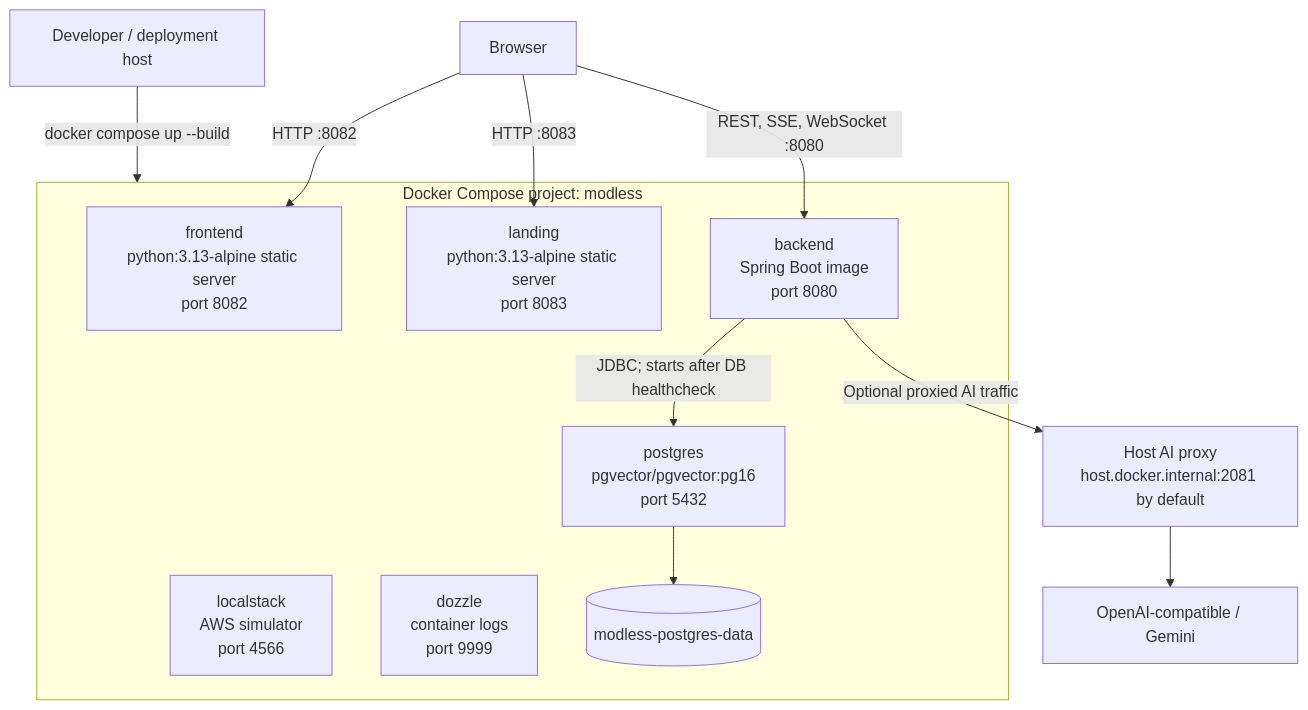
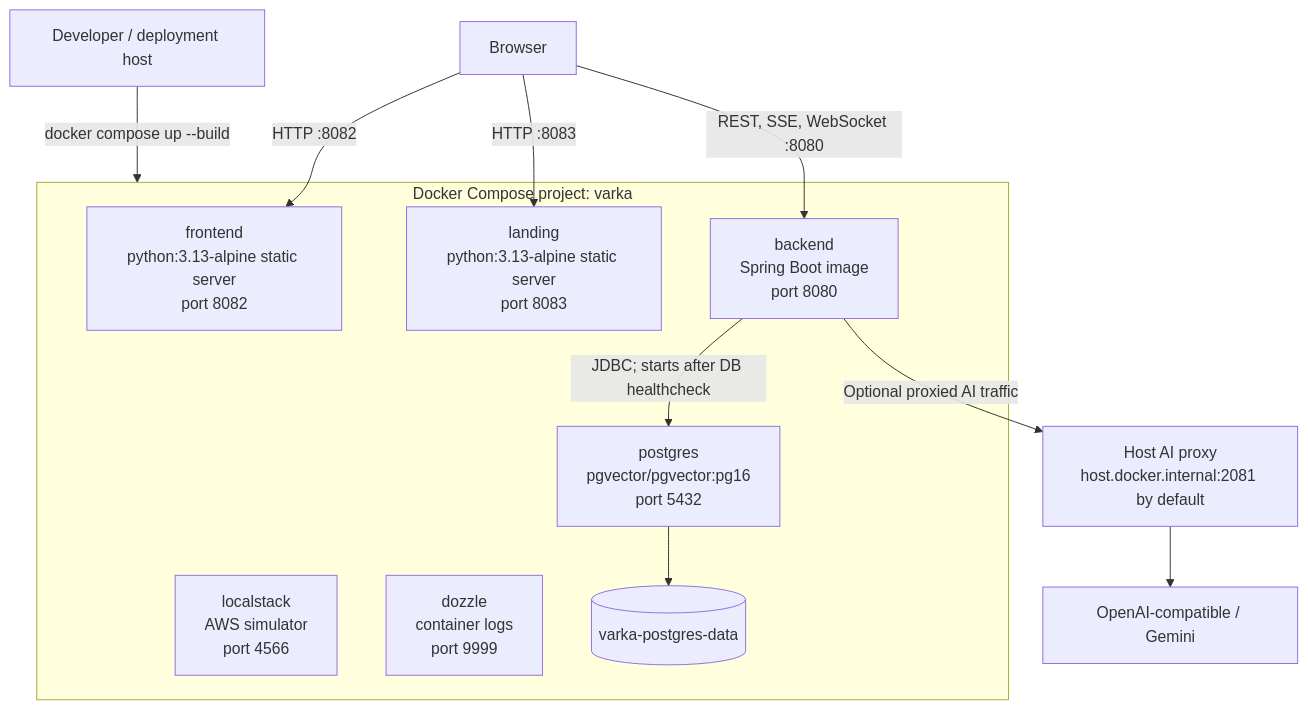
Before and after one commit to mehdieidi/modriss: the first of 2 diagrams in docs/diagrams/04-deployment-and-runtime.md, drawn with Mermaid. The commit also changed 720 other files, not shown here.

````diff
--- a/docs/diagrams/04-deployment-and-runtime.md
+++ b/docs/diagrams/04-deployment-and-runtime.md
@@ -5,26 +5,26 @@
 ```mermaid
 flowchart TB
     host["Developer / deployment host"]
     browser["Browser"]
 
-    subgraph compose["Docker Compose project: modless"]
+    subgraph compose["Docker Compose project: varka"]
         frontend["frontend<br/>python:3.13-alpine static server<br/>port 8082"]
         landing["landing<br/>python:3.13-alpine static server<br/>port 8083"]
         backend["backend<br/>Spring Boot image<br/>port 8080"]
         postgres["postgres<br/>pgvector/pgvector:pg16<br/>port 5432"]
         localstack["localstack<br/>AWS simulator<br/>port 4566"]
         dozzle["dozzle<br/>container logs<br/>port 9999"]
-        volume[("modless-postgres-data")]
+        volume[("varka-postgres-data")]
     end
 
     proxy["Host AI proxy<br/>host.docker.internal:2081 by default"]
     provider["OpenAI-compatible / Gemini"]
 
     host -->|"docker compose up --build"| compose
     browser -->|"HTTP :8082"| frontend
     browser -->|"HTTP :8083"| landing
     browser -->|"REST, SSE, WebSocket :8080"| backend
     backend -->|"JDBC; starts after DB healthcheck"| postgres
     postgres --> volume
     backend -->|"Optional proxied AI traffic"| proxy --> provider
 ```
````
